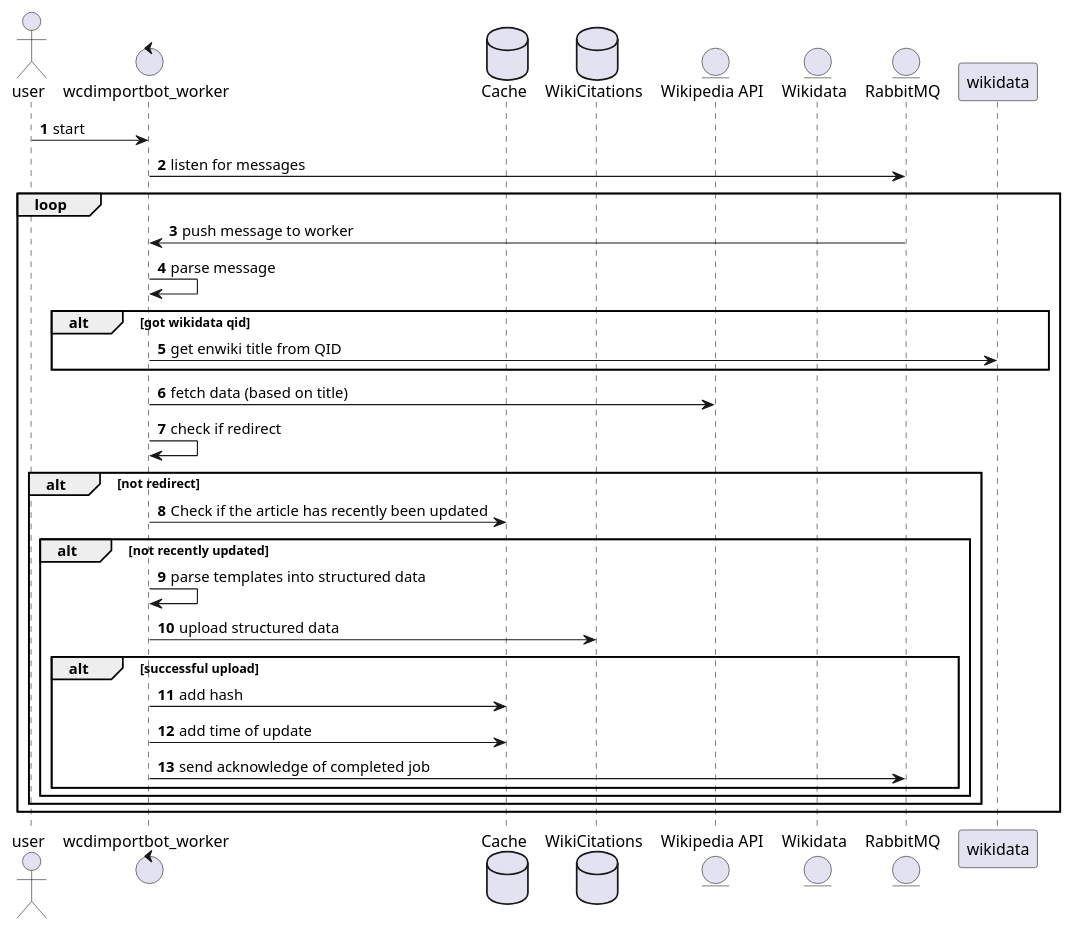
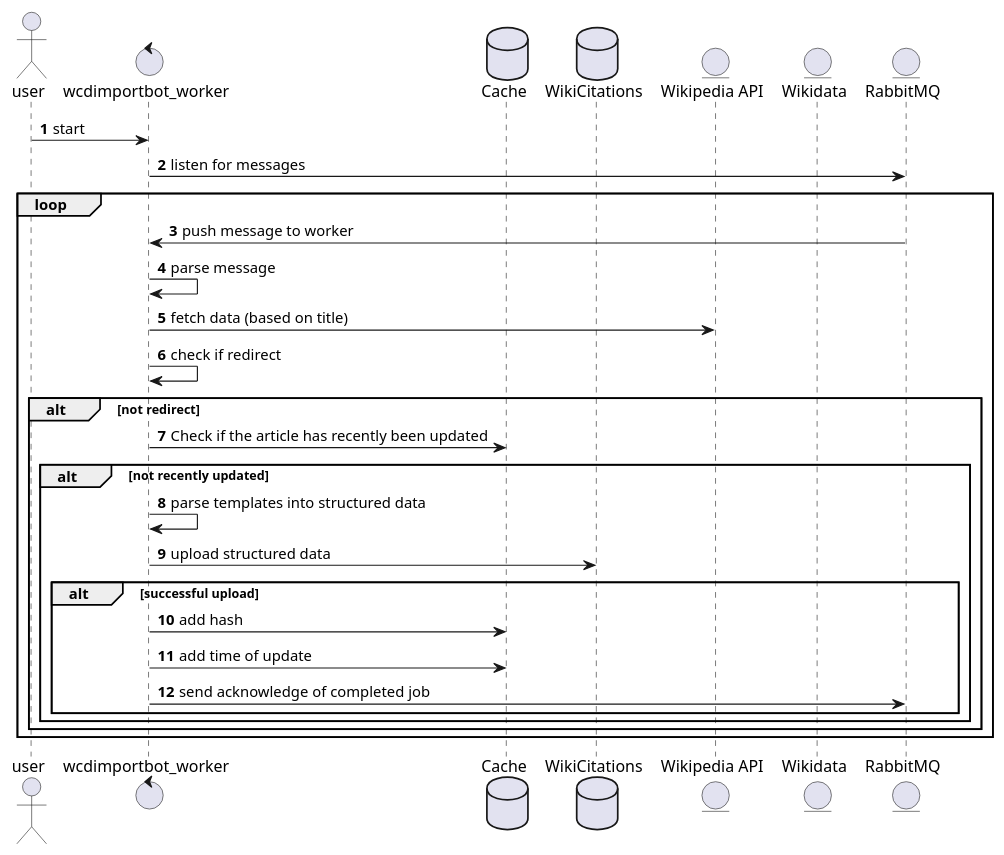
The diagram in diagrams/worker_sequence.puml (internetarchive/iari), drawn with PlantUML before and after one commit.

Commit message:
worker_sequence.puml: Remove dropped wikidata_qid support

```diff
--- a/diagrams/worker_sequence.puml
+++ b/diagrams/worker_sequence.puml
@@ -1,36 +1,33 @@
 @startuml
 'https://plantuml.com/sequence-diagram
 
 autonumber
 actor user
 control wcdimportbot_worker
 database Cache as cache
 database WikiCitations as wikicitations
 entity "Wikipedia API" as wikipediaapi
 entity Wikidata
 entity RabbitMQ as rabbitmq
 
 user -> wcdimportbot_worker :start
 wcdimportbot_worker -> rabbitmq : listen for messages
 loop
 rabbitmq -> wcdimportbot_worker : push message to worker
 wcdimportbot_worker -> wcdimportbot_worker : parse message
-alt got wikidata qid
-    wcdimportbot_worker -> wikidata : get enwiki title from QID
-end
 wcdimportbot_worker -> wikipediaapi : fetch data (based on title)
     wcdimportbot_worker -> wcdimportbot_worker : check if redirect
     alt not redirect
         wcdimportbot_worker -> cache : Check if the article has recently been updated
         alt not recently updated
             wcdimportbot_worker -> wcdimportbot_worker : parse templates into structured data
             wcdimportbot_worker -> wikicitations : upload structured data
             alt successful upload
                 wcdimportbot_worker -> cache : add hash
                 wcdimportbot_worker -> cache : add time of update
                 wcdimportbot_worker -> rabbitmq : send acknowledge of completed job
             end
         end
     end
 end
 @enduml
```
